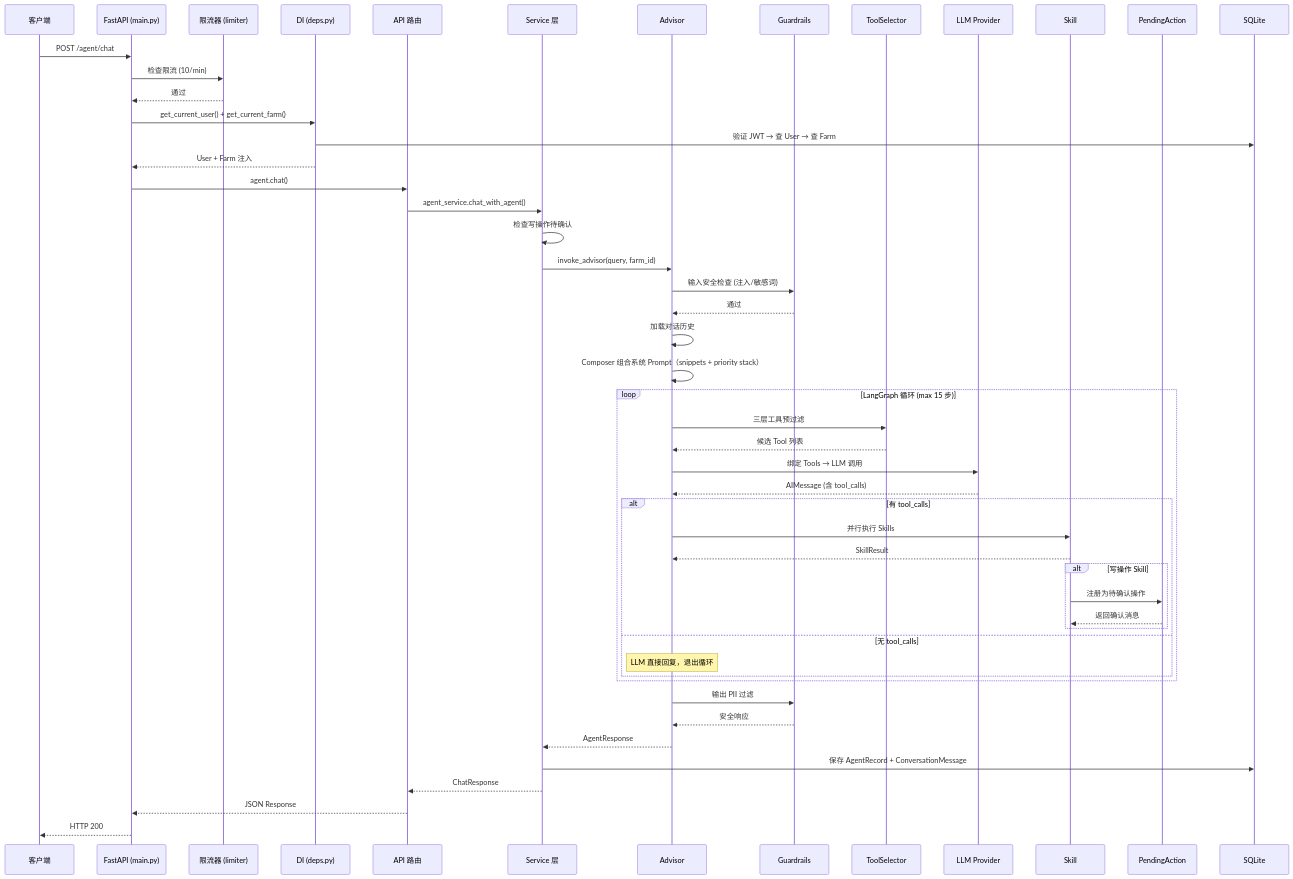
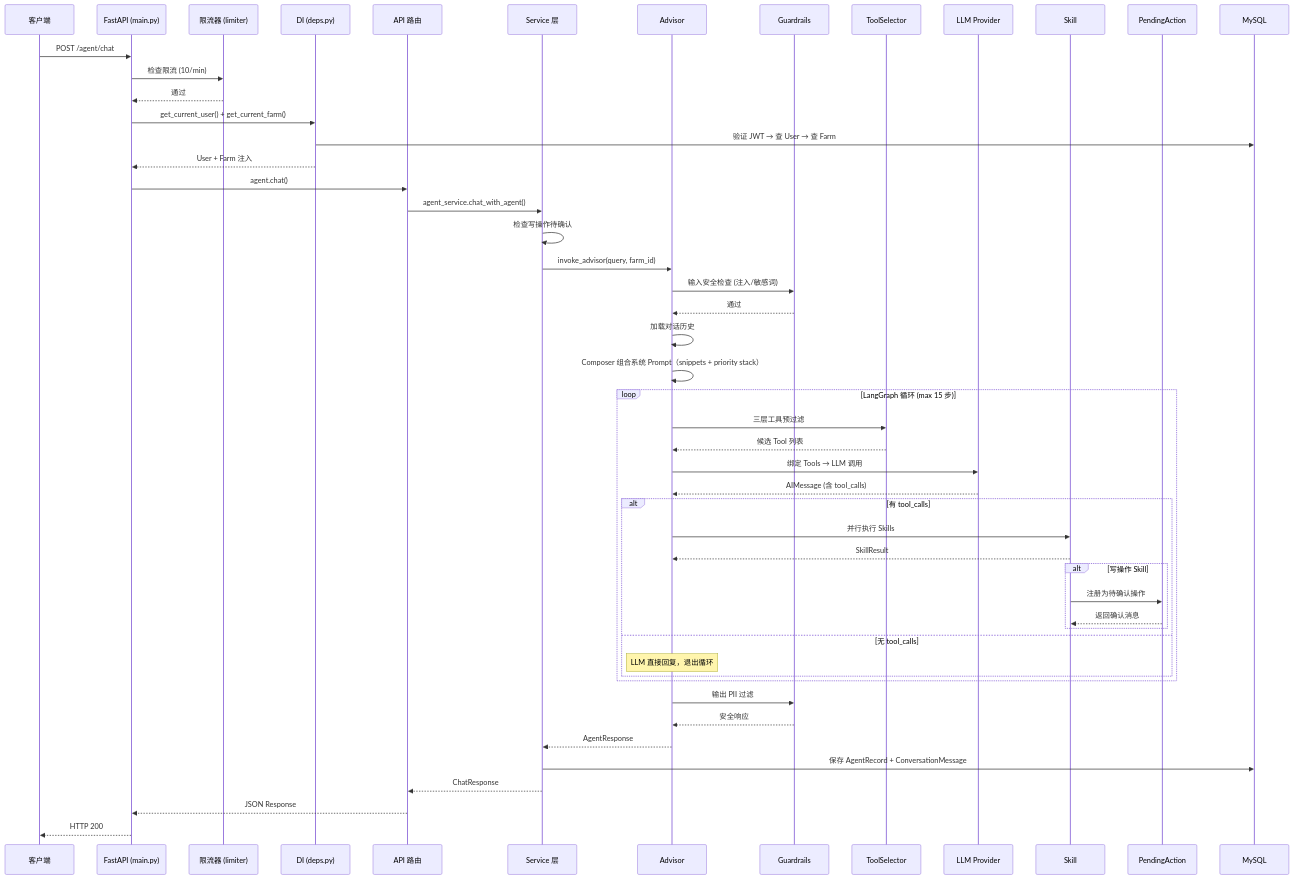
Before and after one commit to ArtLjn/agriagent-os: the third of 11 diagrams in docs/architecture/backend-architecture.md, drawn with Mermaid. The commit also changed other lines of this file and 74 other files, not shown here.

````diff
--- a/docs/architecture/backend-architecture.md
+++ b/docs/architecture/backend-architecture.md
@@ -215,61 +215,61 @@
 ```mermaid
 sequenceDiagram
     participant C as 客户端
     participant M as FastAPI (main.py)
     participant L as 限流器 (limiter)
     participant D as DI (deps.py)
     participant API as API 路由
     participant Svc as Service 层
     participant Adv as Advisor
     participant G as Guardrails
     participant TS as ToolSelector
     participant LLM as LLM Provider
     participant SK as Skill
     participant PA as PendingAction
-    participant DB as SQLite
+    participant DB as MySQL
 
     C->>M: POST /agent/chat
     M->>L: 检查限流 (10/min)
     L-->>M: 通过
     M->>D: get_current_user() + get_current_farm()
     D->>DB: 验证 JWT → 查 User → 查 Farm
     D-->>M: User + Farm 注入
     M->>API: agent.chat()
     API->>Svc: agent_service.chat_with_agent()
 
     Svc->>Svc: 检查写操作待确认
     Svc->>Adv: invoke_advisor(query, farm_id)
 
     Adv->>G: 输入安全检查 (注入/敏感词)
     G-->>Adv: 通过
 
     Adv->>Adv: 加载对话历史
     Adv->>Adv: Composer 组合系统 Prompt（snippets + priority stack）
 
     loop LangGraph 循环 (max 15 步)
         Adv->>TS: 三层工具预过滤
         TS-->>Adv: 候选 Tool 列表
         Adv->>LLM: 绑定 Tools → LLM 调用
         LLM-->>Adv: AIMessage (含 tool_calls)
 
         alt 有 tool_calls
             Adv->>SK: 并行执行 Skills
             SK-->>Adv: SkillResult
             alt 写操作 Skill
                 SK->>PA: 注册为待确认操作
                 PA-->>SK: 返回确认消息
             end
         else 无 tool_calls
             Note over Adv: LLM 直接回复，退出循环
         end
     end
 
     Adv->>G: 输出 PII 过滤
     G-->>Adv: 安全响应
 
     Adv-->>Svc: AgentResponse
     Svc->>DB: 保存 AgentRecord + ConversationMessage
     Svc-->>API: ChatResponse
     API-->>M: JSON Response
     M-->>C: HTTP 200
 ```
````
